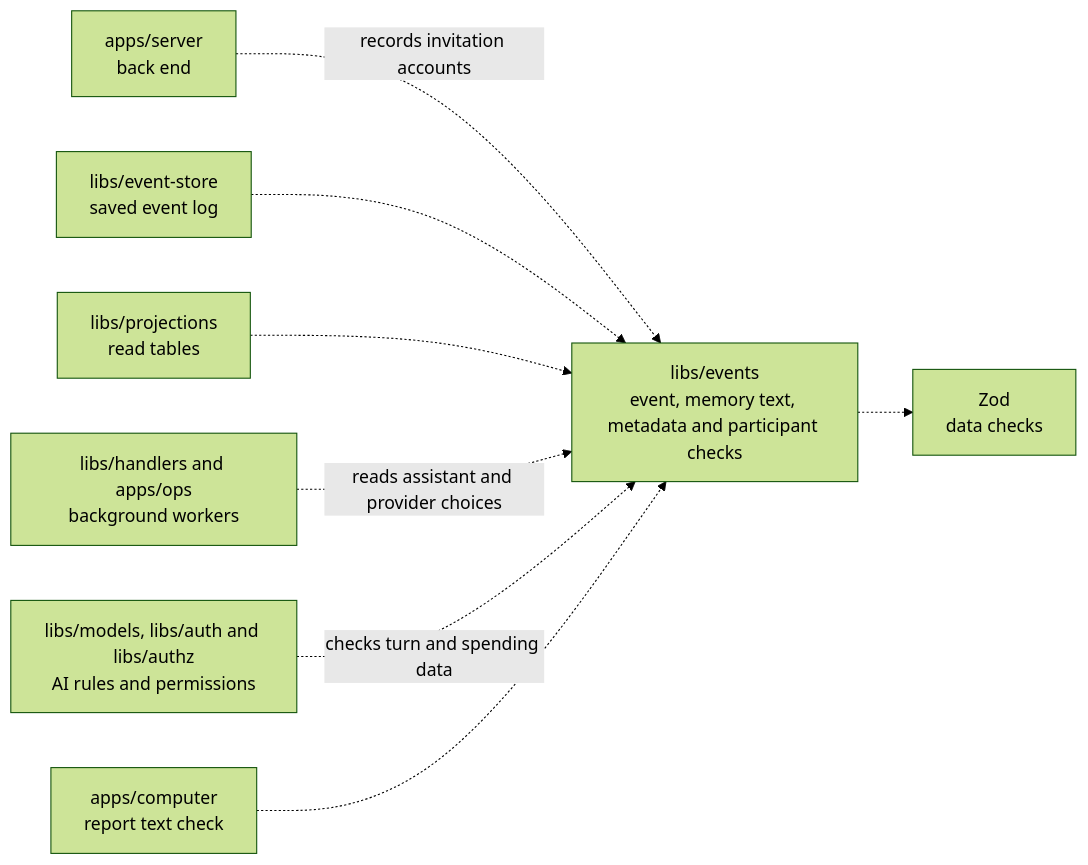
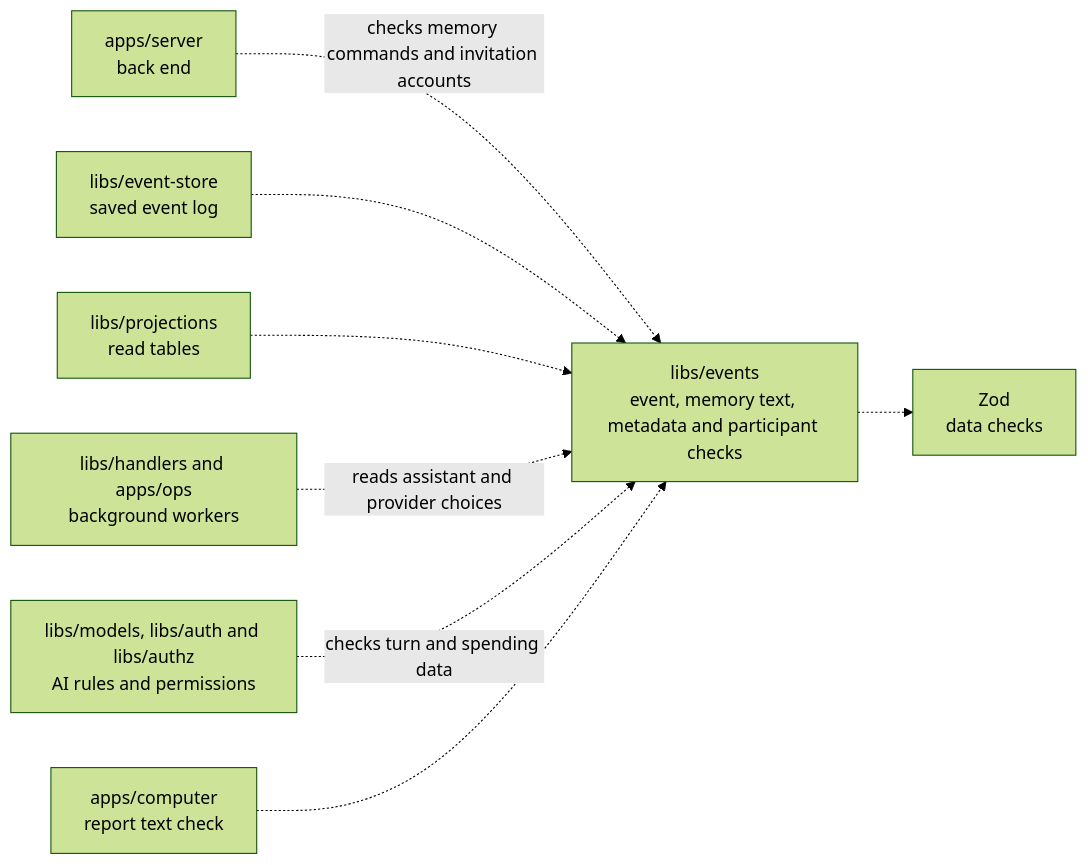
Before and after one commit to elewa-git/opencrane-new: the diagram in libs/events/README.md, drawn with Mermaid (forest theme). The commit also changed 12 other files, not shown here.

````diff
--- a/libs/events/README.md
+++ b/libs/events/README.md
@@ -23,10 +23,10 @@
 ```mermaid
 flowchart LR
-  server["apps/server<br/>back end"] -.->|records invitation accounts| events["libs/events<br/>event, memory text, metadata and participant checks"]
+  server["apps/server<br/>back end"] -.->|checks memory commands and invitation accounts| events["libs/events<br/>event, memory text, metadata and participant checks"]
   store["libs/event-store<br/>saved event log"] -.-> events
   projections["libs/projections<br/>read tables"] -.-> events
   workers["libs/handlers and apps/ops<br/>background workers"] -.->|reads assistant and provider choices| events
   others["libs/models, libs/auth and libs/authz<br/>AI rules and permissions"] -.->|checks turn and spending data| events
   computer["apps/computer<br/>report text check"] -.-> events
   events -.-> zod["Zod<br/>data checks"]
 ```
````
